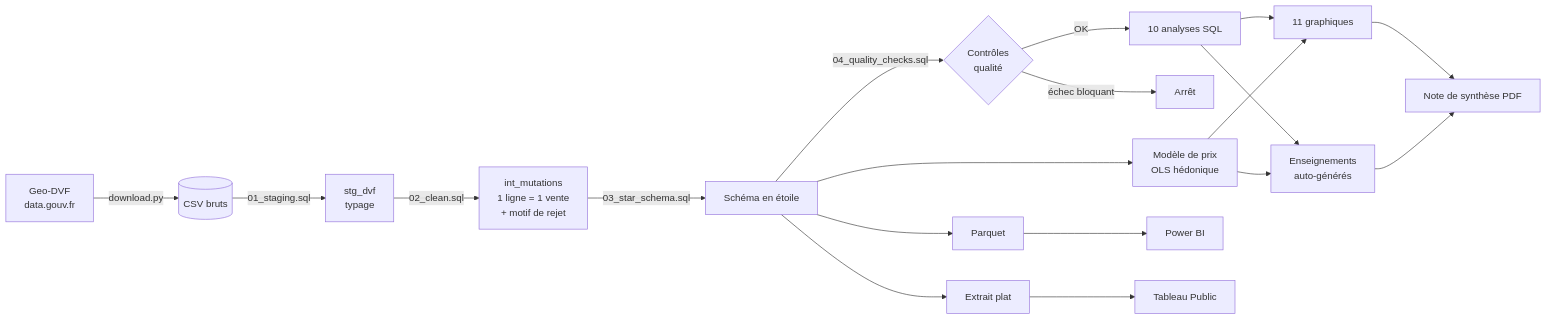
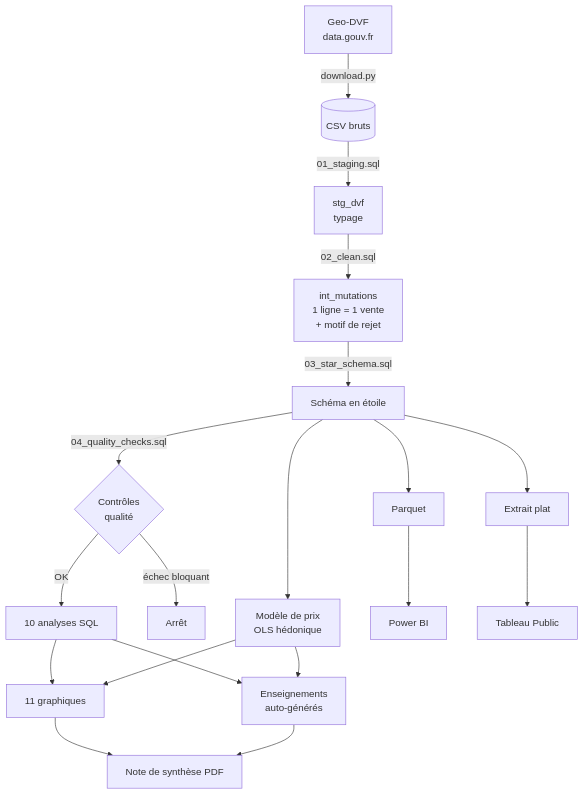
One commit to AtikaWamra/dvf-cote-azur changed the first of 2 diagrams in README.md. Above: the diagram before and after it, drawn with Mermaid.

Commit message:
Fix mermaid flowchart direction in README

````diff
--- a/README.md
+++ b/README.md
@@ -90,19 +90,19 @@
 ```mermaid
-flowchart LR
+flowchart TB
     A[Geo-DVF<br/>data.gouv.fr] -->|download.py| B[(CSV bruts)]
     B -->|01_staging.sql| C[stg_dvf<br/>typage]
     C -->|02_clean.sql| D[int_mutations<br/>1 ligne = 1 vente<br/>+ motif de rejet]
     D -->|03_star_schema.sql| E[Schéma en étoile]
     E -->|04_quality_checks.sql| F{Contrôles<br/>qualité}
     F -->|OK| G[10 analyses SQL]
     F -->|échec bloquant| X[Arrêt]
     E --> M[Modèle de prix<br/>OLS hédonique]
     G --> H[11 graphiques]
     M --> H
     G --> I[Enseignements<br/>auto-générés]
     M --> I
     H --> P[Note de synthèse PDF]
     I --> P
     E --> J[Parquet] --> K[Power BI]
     E --> L[Extrait plat] --> T[Tableau Public]
 ```
````
